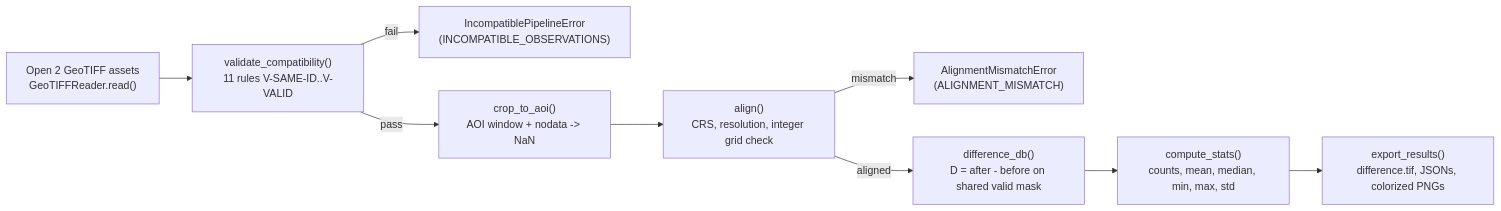
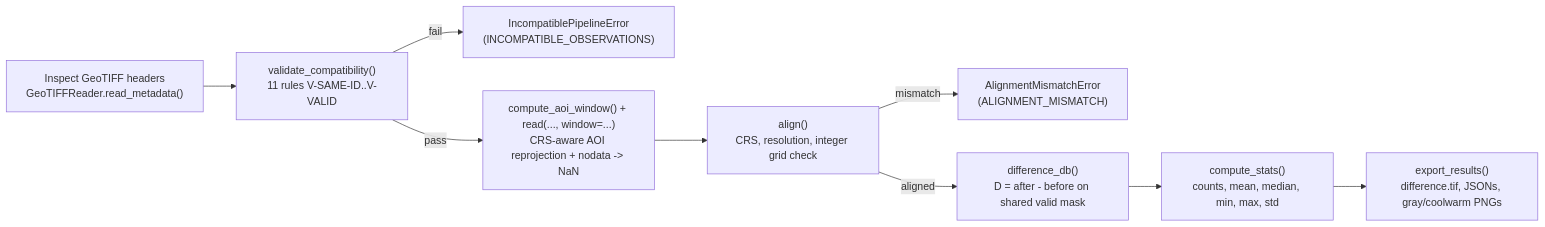
One commit to shreyash-bhosale/TerraWatch-Ai changed the third of 5 diagrams in docs/architecture.md. Above: the diagram before and after it, drawn with Mermaid. The commit also changed other lines of this file and 25 other files, not shown here.

````diff
--- a/docs/architecture.md
+++ b/docs/architecture.md
@@ -66,11 +66,11 @@
 ```mermaid
 flowchart LR
-  A["Open 2 GeoTIFF assets<br/>GeoTIFFReader.read()"] --> V["validate_compatibility()<br/>11 rules V-SAME-ID..V-VALID"]
+  A["Inspect GeoTIFF headers<br/>GeoTIFFReader.read_metadata()"] --> V["validate_compatibility()<br/>11 rules V-SAME-ID..V-VALID"]
   V -- fail --> VI["IncompatiblePipelineError<br/>(INCOMPATIBLE_OBSERVATIONS)"]
-  V -- pass --> B["crop_to_aoi()<br/>AOI window + nodata -> NaN"]
+  V -- pass --> B["compute_aoi_window() + read(..., window=...)<br/>CRS-aware AOI reprojection + nodata -> NaN"]
   B --> C["align()<br/>CRS, resolution, integer grid check"]
   C -- mismatch --> E["AlignmentMismatchError<br/>(ALIGNMENT_MISMATCH)"]
   C -- aligned --> F["difference_db()<br/>D = after - before on shared valid mask"]
   F --> G["compute_stats()<br/>counts, mean, median, min, max, std"]
-  G --> H["export_results()<br/>difference.tif, JSONs, colorized PNGs"]
+  G --> H["export_results()<br/>difference.tif, JSONs, gray/coolwarm PNGs"]
 ```
````
